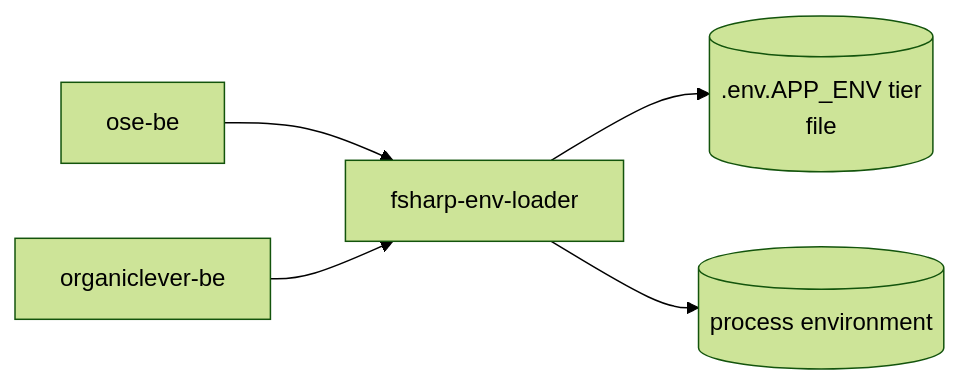
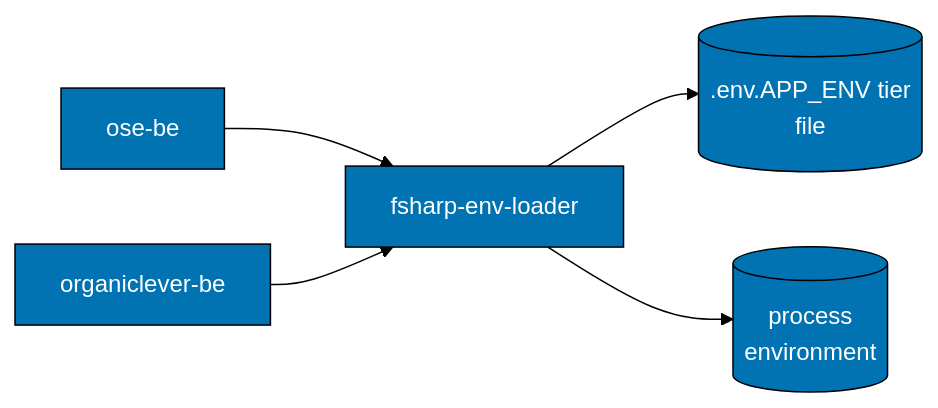
One commit to wahidyankf/ose-public changed the diagram in specs/libs/fsharp-env-loader/architecture.md. Above: the diagram before and after it, drawn with Mermaid (forest theme). The commit also changed 220 other files, not shown here.

First line of the commit message:
docs: split mermaid labels to 20 graphemes and add palette defaults

````diff
--- a/specs/libs/fsharp-env-loader/architecture.md
+++ b/specs/libs/fsharp-env-loader/architecture.md
@@ -15,9 +15,10 @@
 ```mermaid
 flowchart LR
     accTitle: Consuming Boundary
     accDescr: ose-be leads to fsharp-env-loader; organiclever-be leads to fsharp-env-loader; fsharp-env-loader leads to .env.APP_ENV tier file; fsharp-env-loader leads to process environment.
     OSB[ose-be] --> LIB[fsharp-env-loader]
     OLB[organiclever-be] --> LIB
     LIB --> FILE[(.env.APP_ENV tier<br/>file)]
-    LIB --> PROC[(process environment)]
+    LIB --> PROC[(process<br/>environment)]
+    classDef default fill:#0173B2,stroke:#000000,color:#FFFFFF
 ```
````
